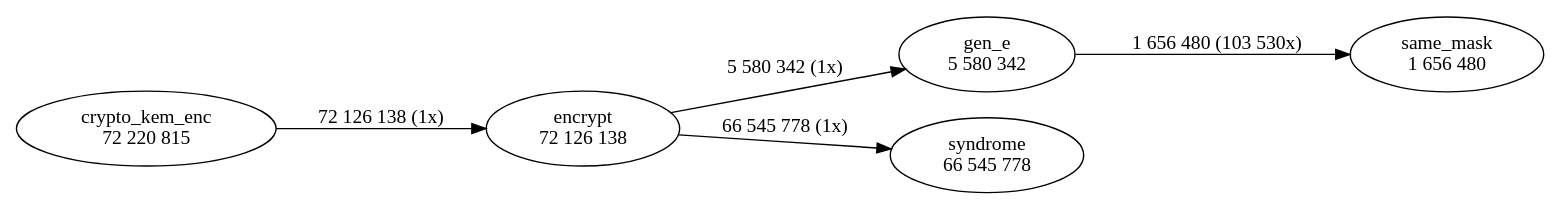
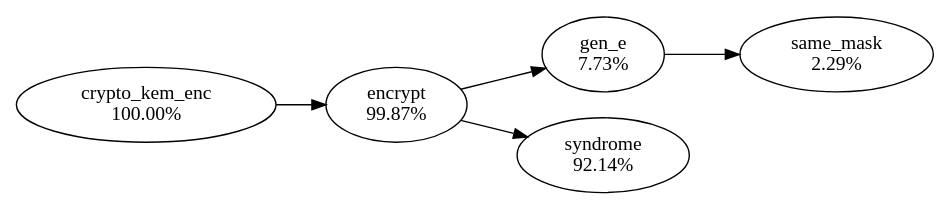
Before and after one commit to profiling-pqc-kem-thesis/data: the diagram in classic-mceliece/hot-paths/6960119f/crypto_kem_enc.dot, drawn with Graphviz. The commit also changed 12 other files, not shown here.

```diff
--- a/classic-mceliece/hot-paths/6960119f/crypto_kem_enc.dot
+++ b/classic-mceliece/hot-paths/6960119f/crypto_kem_enc.dot
@@ -1,12 +1,12 @@
 digraph "callgraph" {
   rankdir=LR;
-  F556255f5c130 [label="same_mask\n1 656 480"];
-  F556255f5c5a0 [label="encrypt\n72 126 138"];
-  F556255f5c9c0 [label="gen_e\n5 580 342"];
-  F556255f5cef0 [label="syndrome\n66 545 778"];
-  F55625609c090 [label="crypto_kem_enc\n72 220 815"];
-  F556255f5c5a0 -> F556255f5c9c0 [weight=2,label="5 580 342 (1x)"];
-  F556255f5c5a0 -> F556255f5cef0 [weight=2,label="66 545 778 (1x)"];
-  F556255f5c9c0 -> F556255f5c130 [weight=2,label="1 656 480 (103 530x)"];
-  F55625609c090 -> F556255f5c5a0 [weight=2,label="72 126 138 (1x)"];
+  F556255f5c130 [label="same_mask\n2.29%"];
+  F556255f5c5a0 [label="encrypt\n99.87%"];
+  F556255f5c9c0 [label="gen_e\n7.73%"];
+  F556255f5cef0 [label="syndrome\n92.14%"];
+  F55625609c090 [label="crypto_kem_enc\n100.00%"];
+  F556255f5c5a0 -> F556255f5c9c0
+  F556255f5c5a0 -> F556255f5cef0
+  F556255f5c9c0 -> F556255f5c130
+  F55625609c090 -> F556255f5c5a0
 }
```
